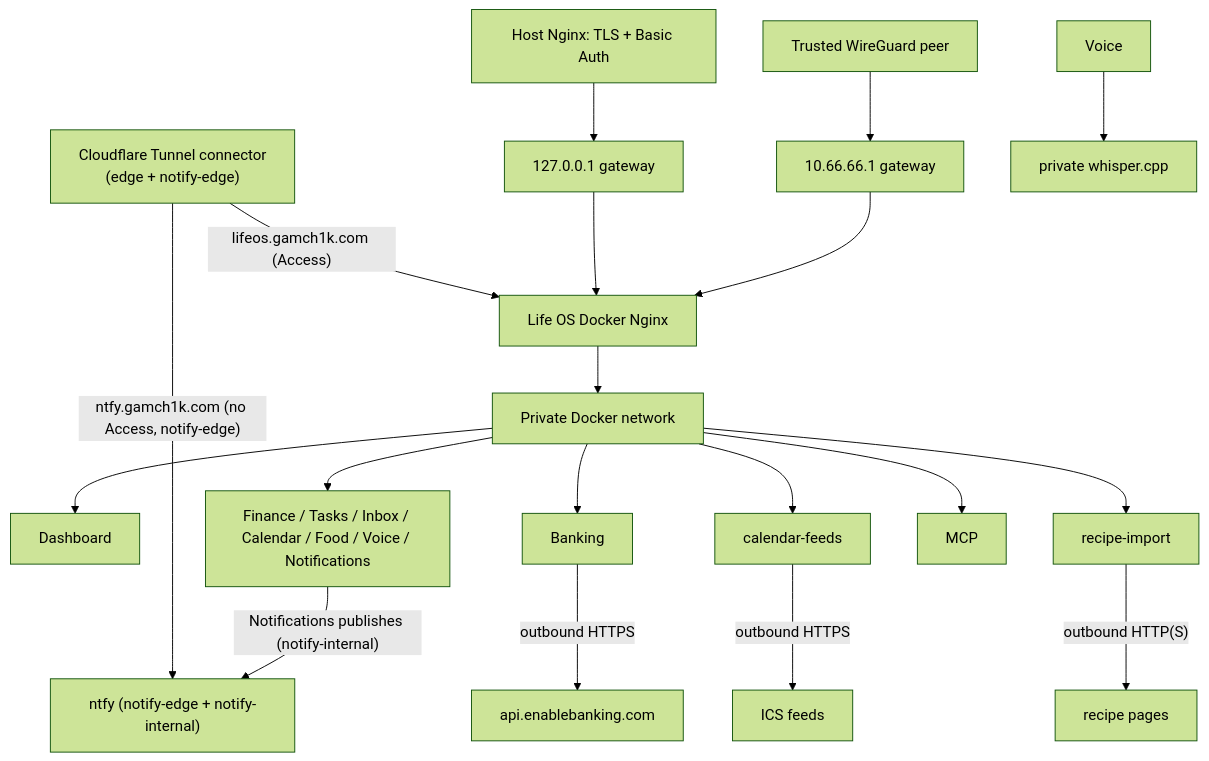
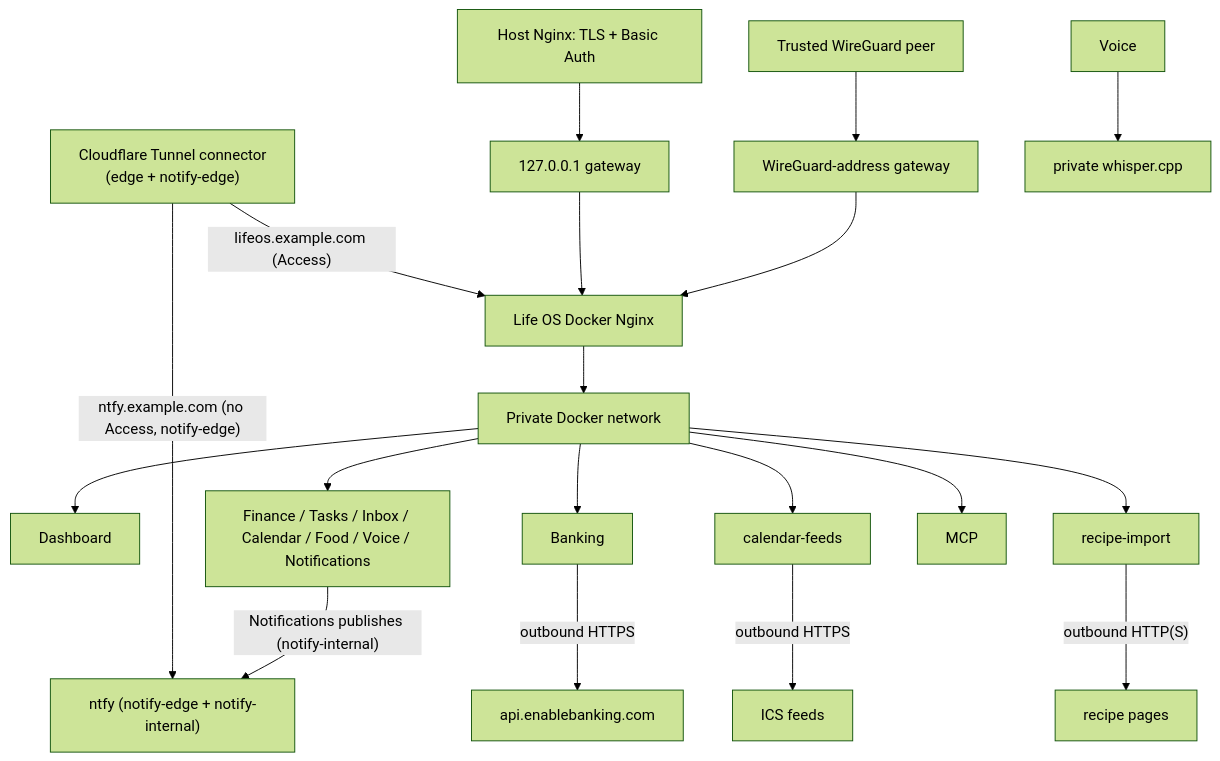
The diagram in docs/architecture/networking.md (GAMch1k/life-os), drawn with Mermaid (forest theme) before and after one commit. The commit also changed other lines of this file and 11 other files, not shown here.

````diff
--- a/docs/architecture/networking.md
+++ b/docs/architecture/networking.md
@@ -3,21 +3,21 @@
 ```mermaid
 flowchart TB
  Host[Host Nginx: TLS + Basic Auth] --> Loopback[127.0.0.1 gateway]
- WireGuard[Trusted WireGuard peer] --> WGGateway[10.66.66.1 gateway]
- Tunnel["Cloudflare Tunnel connector<br>(edge + notify-edge)"] -- "lifeos.gamch1k.com (Access)" --> Gateway
+ WireGuard[Trusted WireGuard peer] --> WGGateway[WireGuard-address gateway]
+ Tunnel["Cloudflare Tunnel connector<br>(edge + notify-edge)"] -- "lifeos.example.com (Access)" --> Gateway
  Loopback --> Gateway[Life OS Docker Nginx]
  WGGateway --> Gateway
  Gateway --> Private[Private Docker network]
  Private --> Dashboard
  Private --> APIs[Finance / Tasks / Inbox / Calendar / Food / Voice / Notifications]
  Private --> Banking
  Banking -- "outbound HTTPS" --> EB[api.enablebanking.com]
  Private --> Feeds[calendar-feeds]
  Feeds -- "outbound HTTPS" --> ICS[ICS feeds]
  Private --> RecipeImport[recipe-import]
  RecipeImport -- "outbound HTTP(S)" --> Pages[recipe pages]
  Private --> MCP
  Voice --> Whisper[private whisper.cpp]
- Tunnel -- "ntfy.gamch1k.com (no Access, notify-edge)" --> Ntfy["ntfy (notify-edge + notify-internal)"]
+ Tunnel -- "ntfy.example.com (no Access, notify-edge)" --> Ntfy["ntfy (notify-edge + notify-internal)"]
  APIs -- "Notifications publishes (notify-internal)" --> Ntfy
 ```
````
